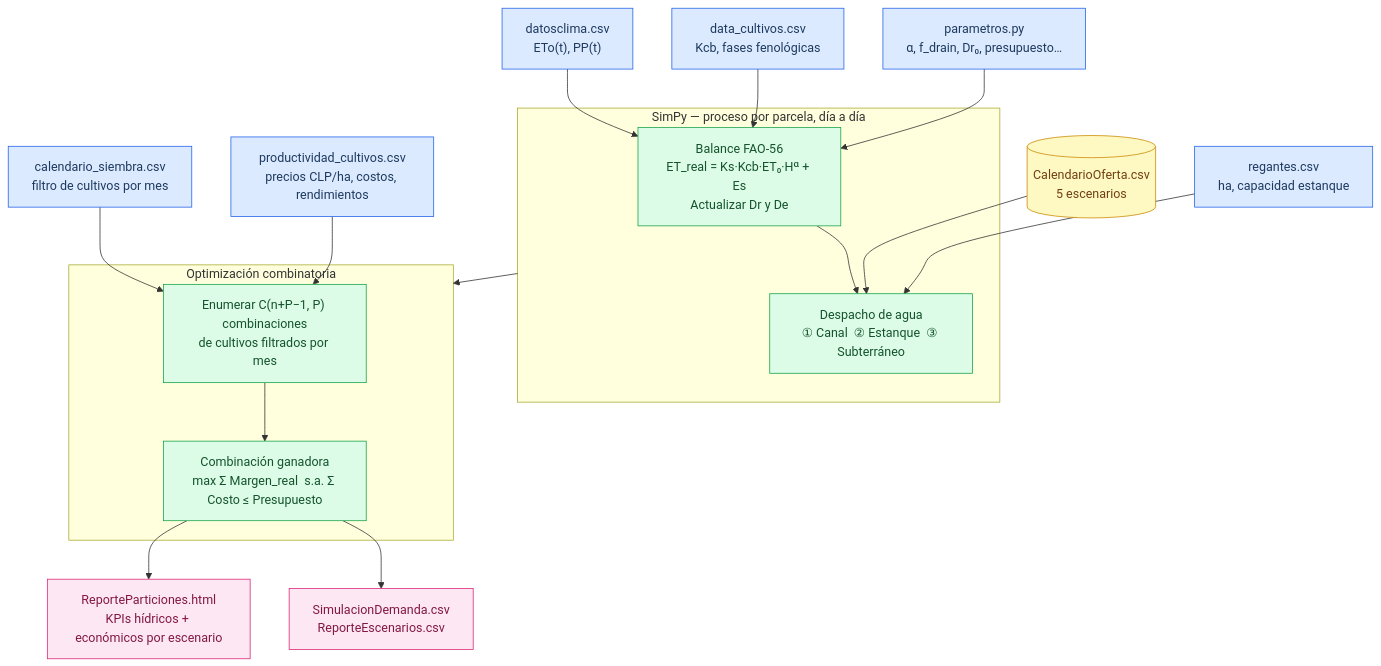
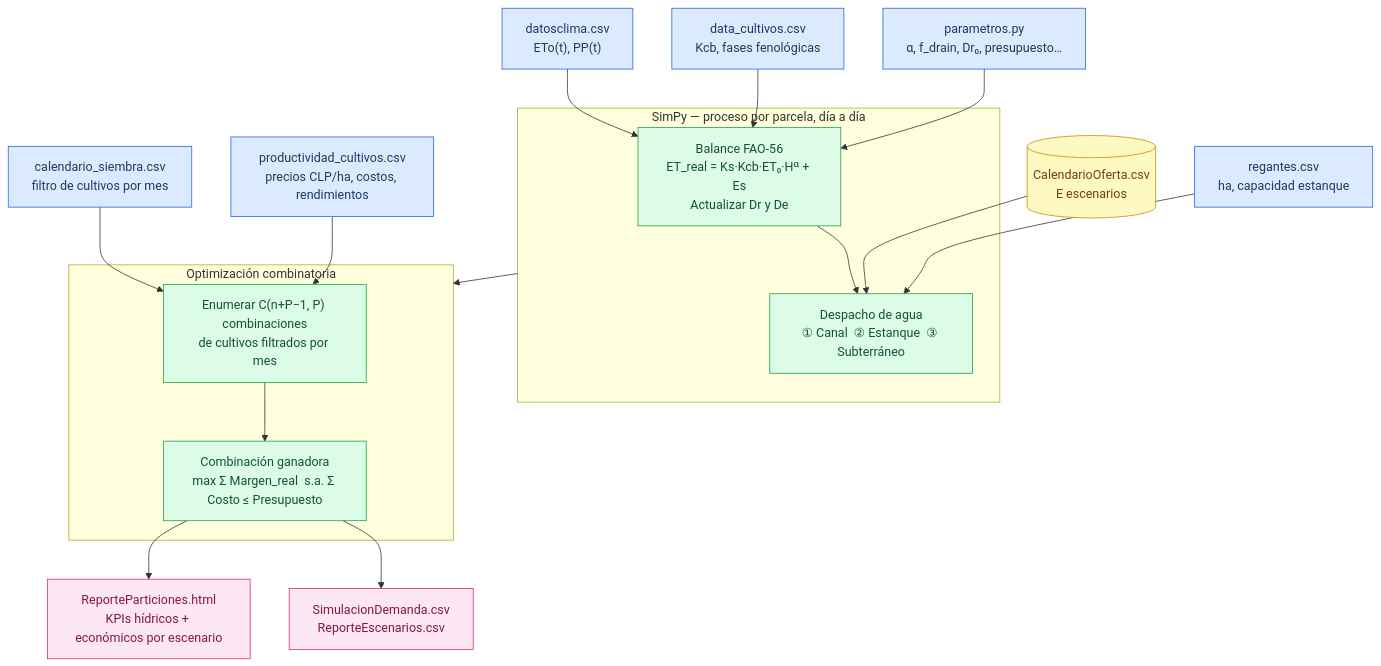
The third of 4 diagrams in README.md (toniesky/Simulaci-n-multiparadigma-cultivo), drawn with Mermaid before and after one commit. The commit also changed other lines of this file, not shown here.

Commit message:
docs: E escenarios en todo el doc + §4.7 formatos CSV de entrada módulo 2

````diff
--- a/README.md
+++ b/README.md
@@ -252,41 +252,41 @@
 ```mermaid
 flowchart TD
     classDef param fill:#dbeafe,stroke:#2563eb,color:#1e3a5f
     classDef proc  fill:#dcfce7,stroke:#16a34a,color:#14532d
     classDef out   fill:#fce7f3,stroke:#db2777,color:#831843
     classDef data  fill:#fef9c3,stroke:#ca8a04,color:#713f12
     classDef dec   fill:#fff7ed,stroke:#ea580c,color:#7c2d12
 
-    CO[("CalendarioOferta.csv\n5 escenarios")]:::data
+    CO[("CalendarioOferta.csv\nE escenarios")]:::data
     CLI["datosclima.csv\nETo(t), PP(t)"]:::param
     DC["data_cultivos.csv\nKcb, fases fenológicas"]:::param
     CAL["calendario_siembra.csv\nfiltro de cultivos por mes"]:::param
     REG["regantes.csv\nha, capacidad estanque"]:::param
     PROD["productividad_cultivos.csv\nprecios CLP/ha, costos, rendimientos"]:::param
     PAR["parametros.py\nα, f_drain, Dr₀, presupuesto…"]:::param
 
     subgraph SIMPY["SimPy — proceso por parcela, día a día"]
         FAO["Balance FAO-56\nET_real = Ks·Kcb·ET₀·Hᵅ + Es\nActualizar Dr y De"]:::proc
         DISP["Despacho de agua\n① Canal  ② Estanque  ③ Subterráneo"]:::proc
         FAO --> DISP
     end
 
     CLI --> FAO
     DC  --> FAO
     PAR --> FAO
     CO  --> DISP
     REG --> DISP
 
     subgraph OPT["Optimización combinatoria"]
         COMB["Enumerar C(n+P−1, P) combinaciones\nde cultivos filtrados por mes"]:::proc
         BEST["Combinación ganadora\nmax Σ Margen_real  s.a. Σ Costo ≤ Presupuesto"]:::proc
         COMB --> BEST
     end
 
     CAL  --> COMB
     PROD --> COMB
     SIMPY --> OPT
 
     BEST --> HTML["ReporteParticiones.html\nKPIs hídricos + económicos por escenario"]:::out
     BEST --> CSV["SimulacionDemanda.csv\nReporteEscenarios.csv"]:::out
 ```
````
